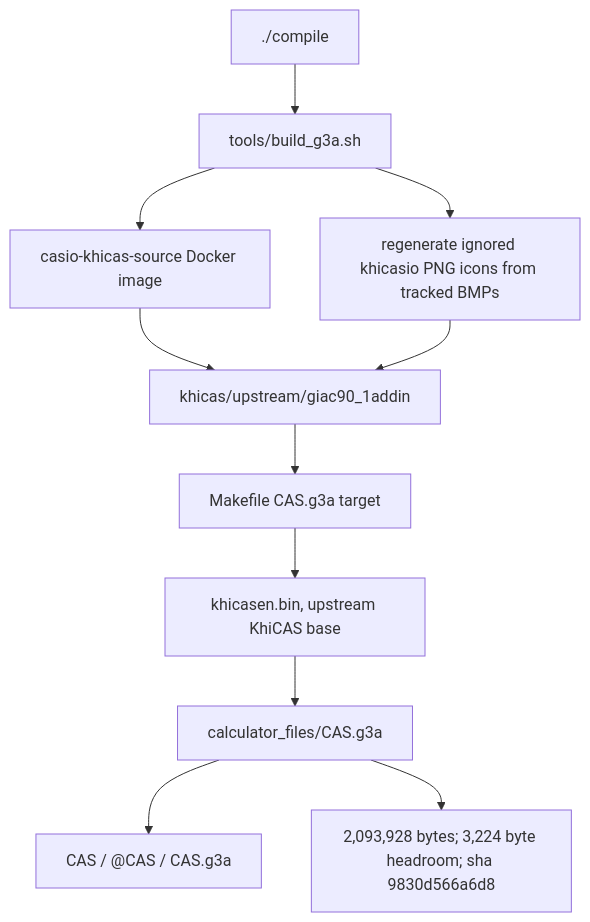
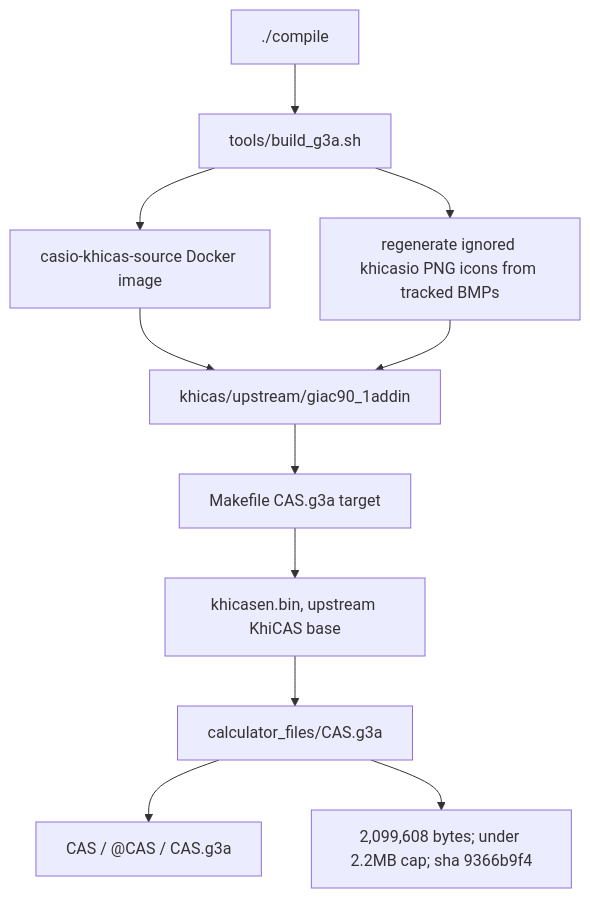
One commit to james8464/notes-addin-casio-fx-cg50 changed the first of 6 diagrams in docs/GRAPH.md. Above: the diagram before and after it, drawn with Mermaid. The commit also changed other lines of this file and 7 other files, not shown here.

````diff
--- a/docs/GRAPH.md
+++ b/docs/GRAPH.md
@@ -7,13 +7,13 @@
 ```mermaid
 graph TD
   Compile["./compile"] --> Build["tools/build_g3a.sh"]
   Build --> Docker["casio-khicas-source Docker image"]
   Docker --> Src["khicas/upstream/giac90_1addin"]
   Build --> Icons["regenerate ignored khicasio PNG icons from tracked BMPs"]
   Icons --> Src
   Src --> Make["Makefile CAS.g3a target"]
   Make --> Bin["khicasen.bin, upstream KhiCAS base"]
   Bin --> G3A["calculator_files/CAS.g3a"]
   G3A --> Meta["CAS / @CAS / CAS.g3a"]
-  G3A --> Size["2,093,928 bytes; 3,224 byte headroom; sha 9830d566a6d8"]
+  G3A --> Size["2,099,608 bytes; under 2.2MB cap; sha 9366b9f4"]
 ```
````
